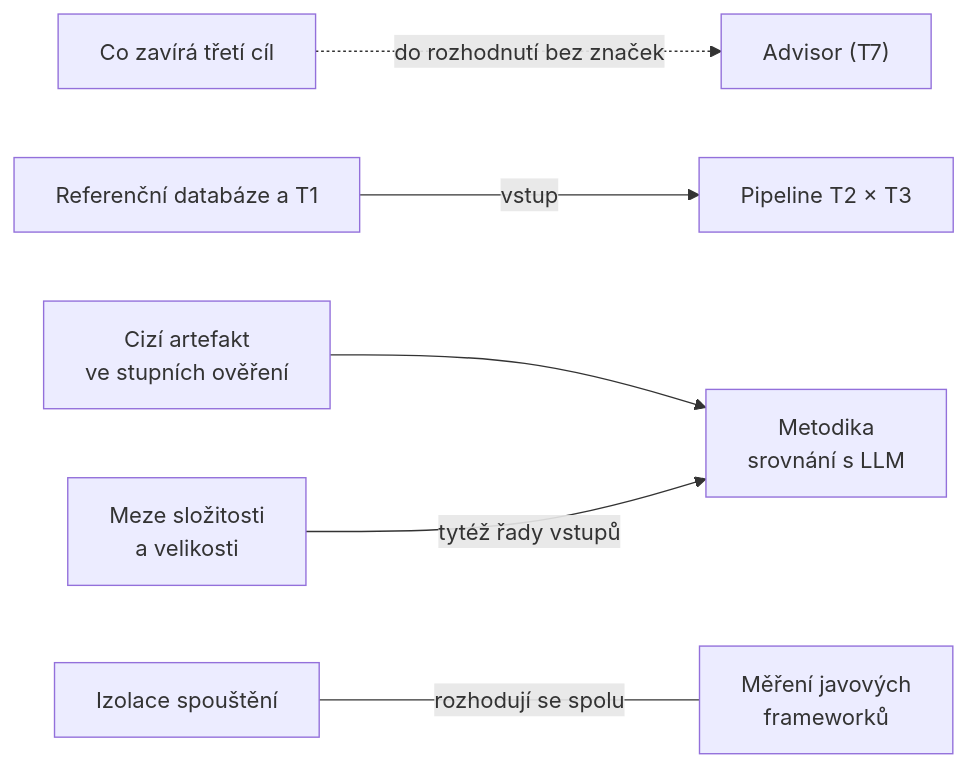
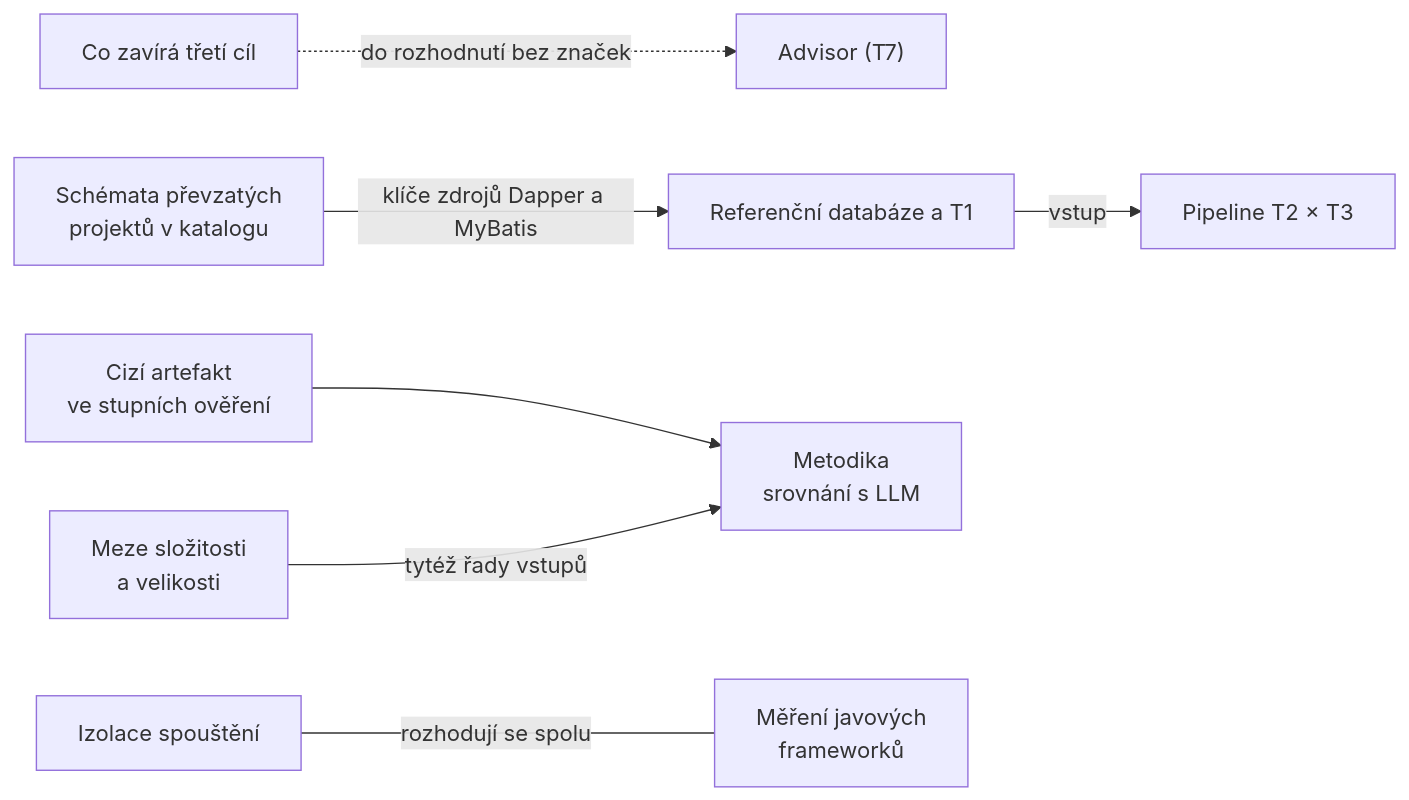
One commit to MiraStochel/orm-convertor changed the diagram in docs/open-items.md. Above: the diagram before and after it, drawn with Mermaid. The commit also changed other lines of this file and 108 other files, not shown here.

````diff
--- a/docs/open-items.md
+++ b/docs/open-items.md
@@ -56,8 +65,9 @@
 ```mermaid
 flowchart LR
     G["Co zavírá třetí cíl"] -.->|"do rozhodnutí bez značek"| A["Advisor (T7)"]
     DB["Referenční databáze a T1"] -->|vstup| P["Pipeline T2 × T3"]
     X["Cizí artefakt<br/>ve stupních ověření"] --> L["Metodika<br/>srovnání s LLM"]
     M["Meze složitosti<br/>a velikosti"] -->|"tytéž řady vstupů"| L
     I["Izolace spouštění"] ---|"rozhodují se spolu"| J["Měření javových<br/>frameworků"]
+    SCH["Schémata převzatých<br/>projektů v katalogu"] -->|"klíče zdrojů Dapper a MyBatis"| DB
 ```
````
